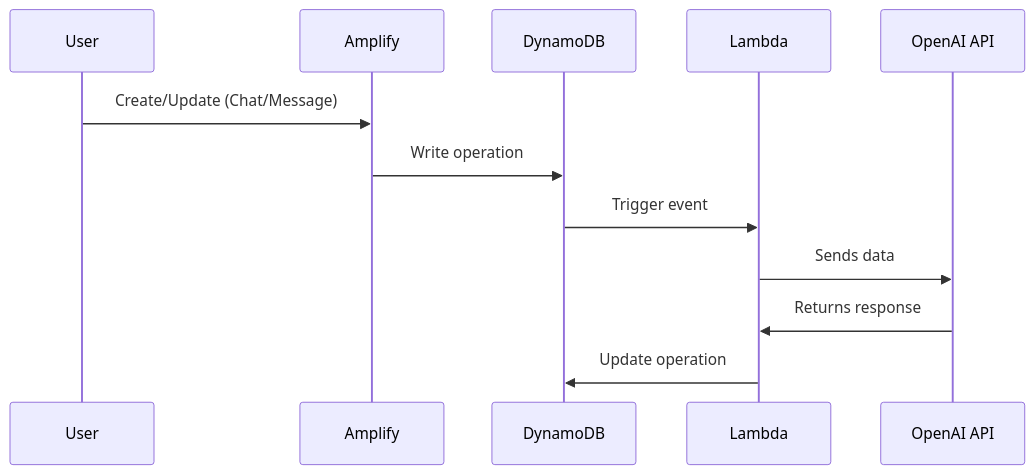
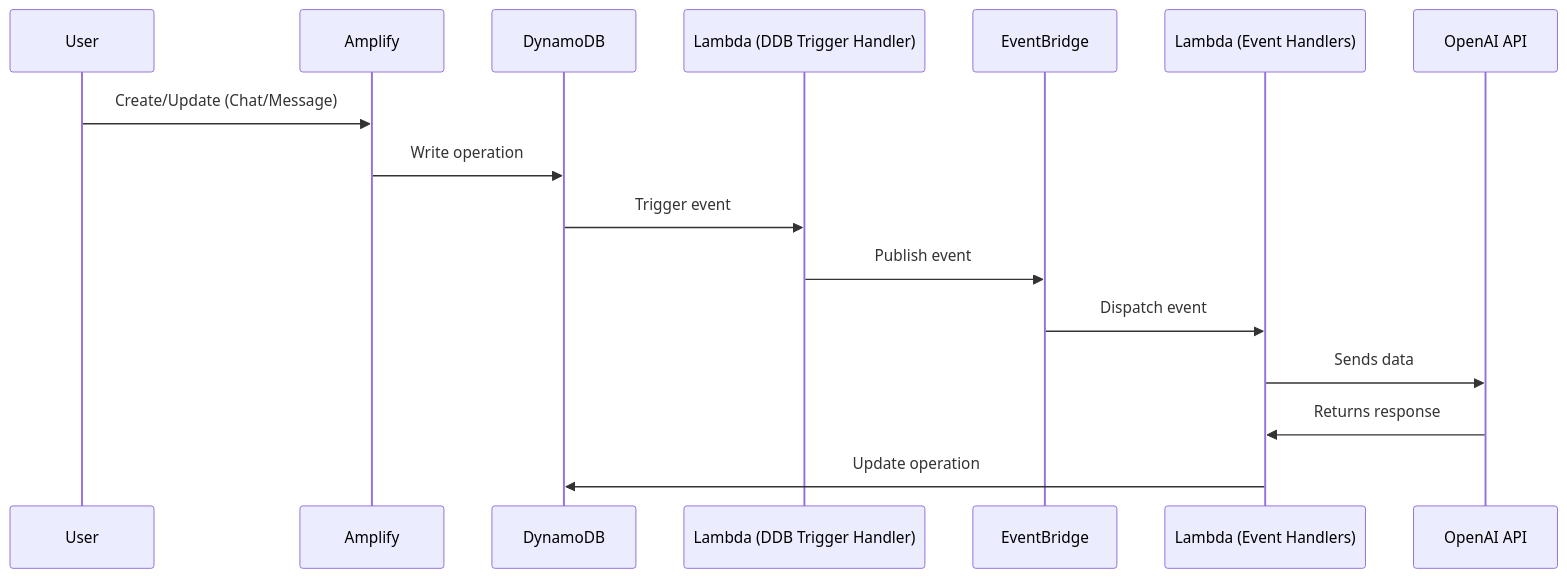
Before and after one commit to cliffpyles/smartypants: the second of 3 diagrams in planning/architecture.md, drawn with Mermaid. The commit also changed other lines of this file, not shown here.

Commit message:
Update architecture documentation

````diff
--- a/planning/architecture.md
+++ b/planning/architecture.md
@@ -17,14 +18,18 @@
 ```mermaid
 sequenceDiagram
   participant User as User
   participant Amplify as Amplify
   participant DynamoDB as DynamoDB
-  participant Lambda as Lambda
+  participant DDBTrigger as Lambda (DDB Trigger Handler)
+  participant EventBridge as EventBridge
+  participant EventHandler as Lambda (Event Handlers)
   participant OpenAI as OpenAI API
   User->>Amplify: Create/Update (Chat/Message)
   Amplify->>DynamoDB: Write operation
-  DynamoDB->>Lambda: Trigger event
-  Lambda->>OpenAI: Sends data
-  OpenAI->>Lambda: Returns response
-  Lambda->>DynamoDB: Update operation
+  DynamoDB->>DDBTrigger: Trigger event
+  DDBTrigger->>EventBridge: Publish event
+  EventBridge->>EventHandler: Dispatch event
+  EventHandler->>OpenAI: Sends data
+  OpenAI->>EventHandler: Returns response
+  EventHandler->>DynamoDB: Update operation
 ```
````
